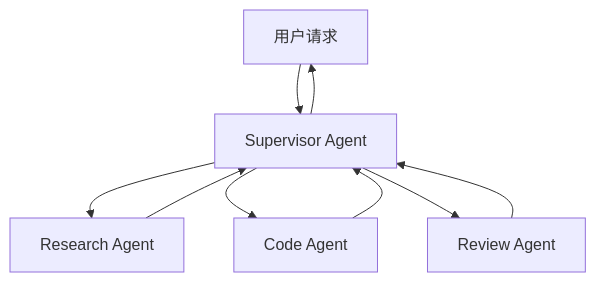
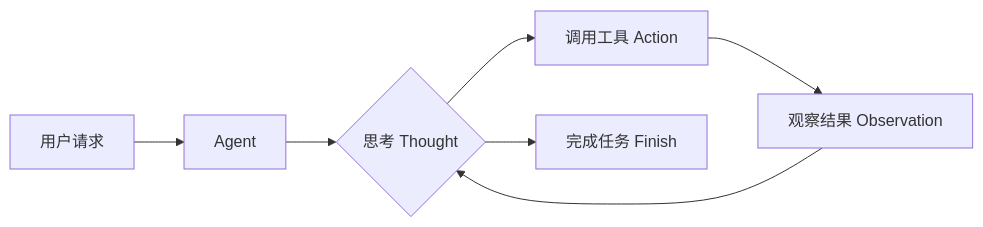
One commit to AmbitionC/front-end-journey-resource changed the first of 3 diagrams in knowledge/llm/agent/multi-agent.md. Above: the diagram before and after it, drawn with Mermaid. The commit also changed other lines of this file and 16 other files, not shown here.

````diff
--- a/knowledge/llm/agent/multi-agent.md
+++ b/knowledge/llm/agent/multi-agent.md
@@ -18,11 +22,9 @@
 ```mermaid
-graph TD
-  U[用户请求] --> S[Supervisor Agent]
-  S --> A1[Research Agent]
-  S --> A2[Code Agent]
-  S --> A3[Review Agent]
-  A1 --> S
-  A2 --> S
-  A3 --> S
-  S --> U
+graph LR
+    A[用户请求] --> B[Agent]
+    B --> C{思考 Thought}
+    C --> D[调用工具 Action]
+    D --> E[观察结果 Observation]
+    E --> C
+    C --> F[完成任务 Finish]
 ```
````
